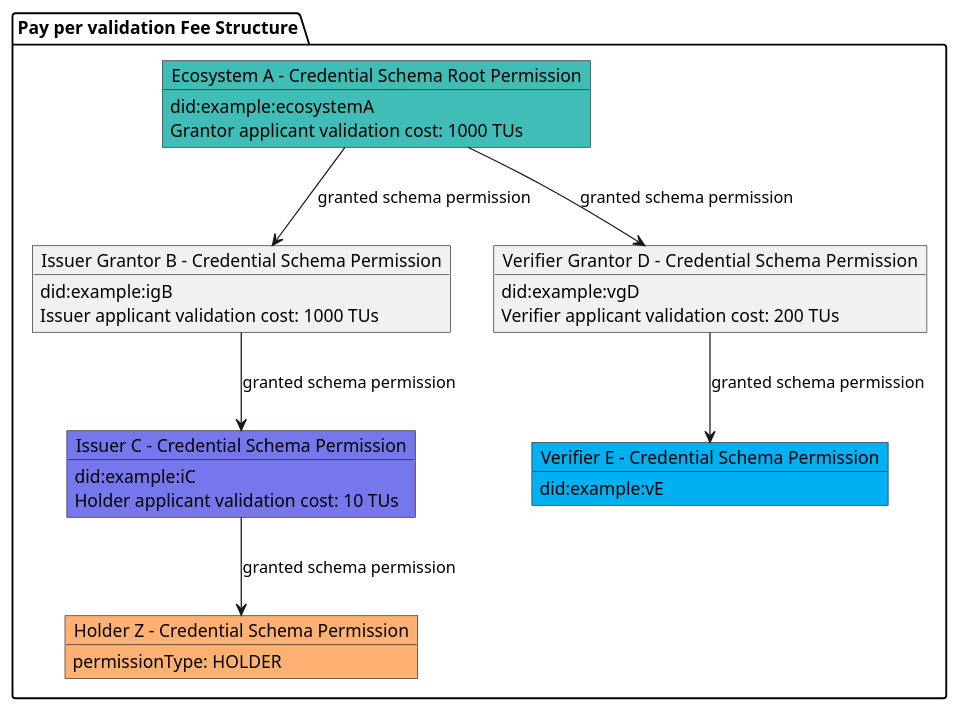
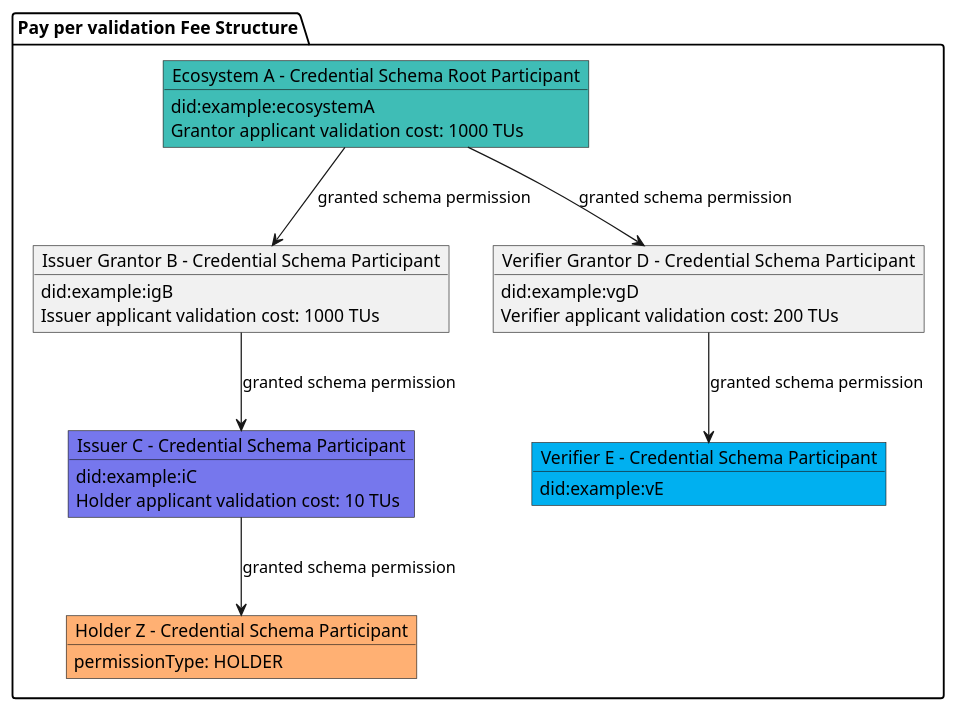
The fourth of 20 diagrams in spec.md (verana-labs/verifiable-trust-vpr-spec), drawn with PlantUML before and after one commit. The commit also changed other lines of this file, not shown here.

````diff
--- a/spec.md
+++ b/spec.md
@@ -437,41 +437,41 @@
 ```plantuml
 
 @startuml
 scale max 800 width
  
 package "Pay per validation Fee Structure" as cs {
 
-    object "Ecosystem A - Credential Schema Root Permission" as tr #3fbdb6 {
+    object "Ecosystem A - Credential Schema Root Participant" as tr #3fbdb6 {
         did:example:ecosystemA
         Grantor applicant validation cost: 1000 TUs
     }
-    object "Issuer Grantor B - Credential Schema Permission" as ig {
+    object "Issuer Grantor B - Credential Schema Participant" as ig {
         did:example:igB
         Issuer applicant validation cost: 1000 TUs
     }
-    object "Issuer C - Credential Schema Permission" as issuer #7677ed  {
+    object "Issuer C - Credential Schema Participant" as issuer #7677ed  {
         did:example:iC
         Holder applicant validation cost: 10 TUs
     }
-    object "Verifier Grantor D -  Credential Schema Permission" as vg {
+    object "Verifier Grantor D -  Credential Schema Participant" as vg {
         did:example:vgD
         Verifier applicant validation cost: 200 TUs
     }
-    object "Verifier E - Credential Schema Permission" as verifier #00b0f0 {
+    object "Verifier E - Credential Schema Participant" as verifier #00b0f0 {
         did:example:vE
     }
 
-    object "Holder Z - Credential Schema Permission" as holder #FFB073 {
+    object "Holder Z - Credential Schema Participant" as holder #FFB073 {
         permissionType: HOLDER
     }
 }
 
 tr --> ig : granted schema permission
 ig --> issuer : granted schema permission
 issuer --> holder: granted schema permission
 tr --> vg : granted schema permission
 vg --> verifier : granted schema permission
 
 @enduml
 
 ```
````
